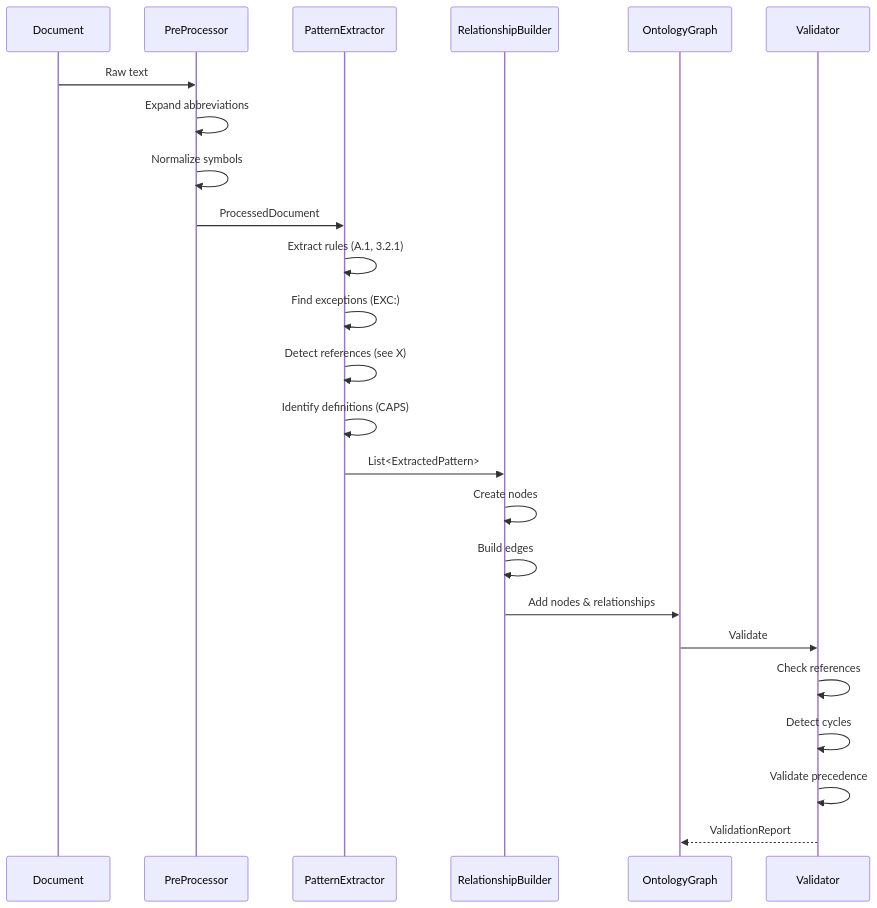
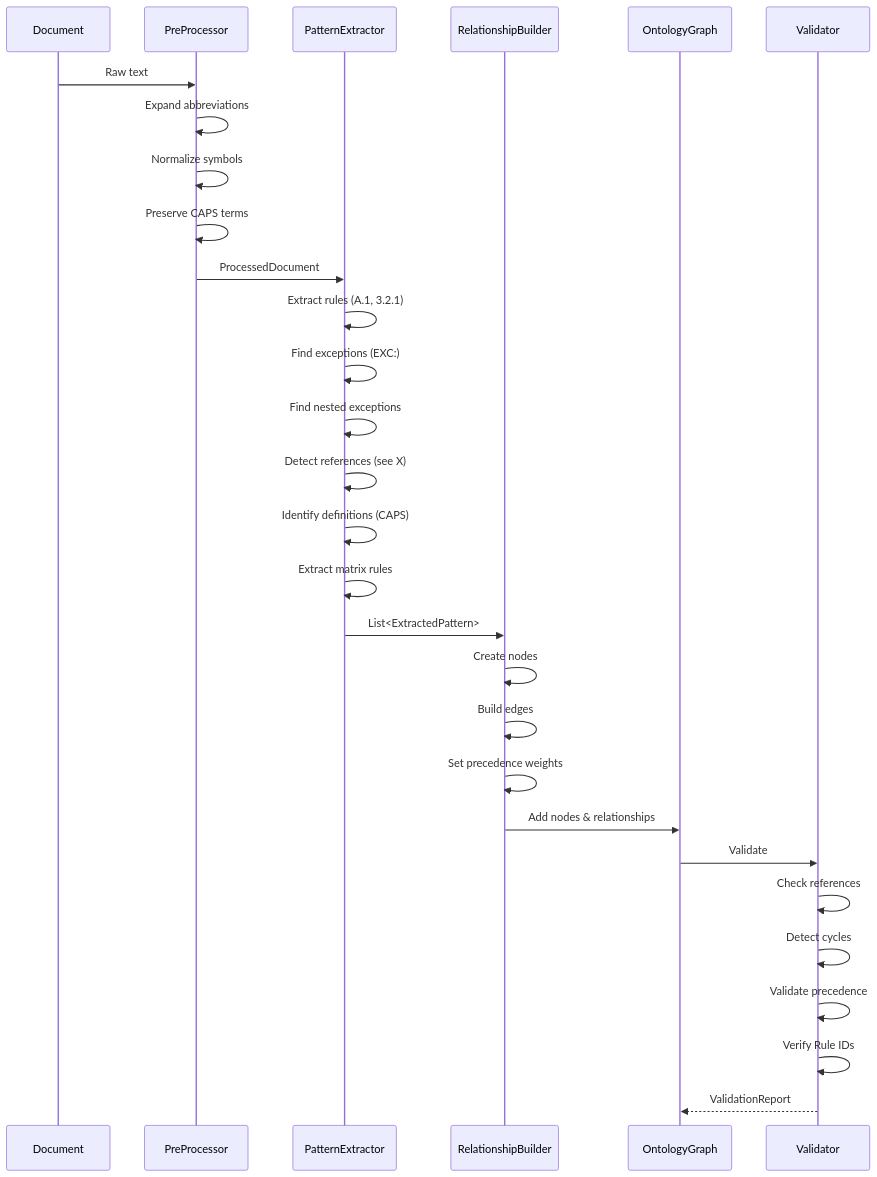
One commit to LimboDancer-Canary/LimboDancer.MCP changed the third of 5 diagrams in src/docs/Implementation/Phase 3/Phase 3- Ontology Extraction Engine Design Plan.md. Above: the diagram before and after it, drawn with Mermaid. The commit also changed other lines of this file and 1 other file, not shown here.

````diff
--- a/src/docs/Implementation/Phase 3/Phase 3- Ontology Extraction Engine Design Plan.md
+++ b/src/docs/Implementation/Phase 3/Phase 3- Ontology Extraction Engine Design Plan.md
@@ -113,30 +143,35 @@
 ```mermaid
 sequenceDiagram
     participant Doc as Document
     participant PP as PreProcessor
     participant PE as PatternExtractor
     participant RB as RelationshipBuilder
     participant OG as OntologyGraph
     participant V as Validator
     
     Doc->>PP: Raw text
     PP->>PP: Expand abbreviations
     PP->>PP: Normalize symbols
+    PP->>PP: Preserve CAPS terms
     PP->>PE: ProcessedDocument
     
     PE->>PE: Extract rules (A.1, 3.2.1)
     PE->>PE: Find exceptions (EXC:)
+    PE->>PE: Find nested exceptions
     PE->>PE: Detect references (see X)
     PE->>PE: Identify definitions (CAPS)
+    PE->>PE: Extract matrix rules
     PE->>RB: List<ExtractedPattern>
     
     RB->>RB: Create nodes
     RB->>RB: Build edges
+    RB->>RB: Set precedence weights
     RB->>OG: Add nodes & relationships
     
     OG->>V: Validate
     V->>V: Check references
     V->>V: Detect cycles
     V->>V: Validate precedence
+    V->>V: Verify Rule IDs
     V-->>OG: ValidationReport
 ```
````
